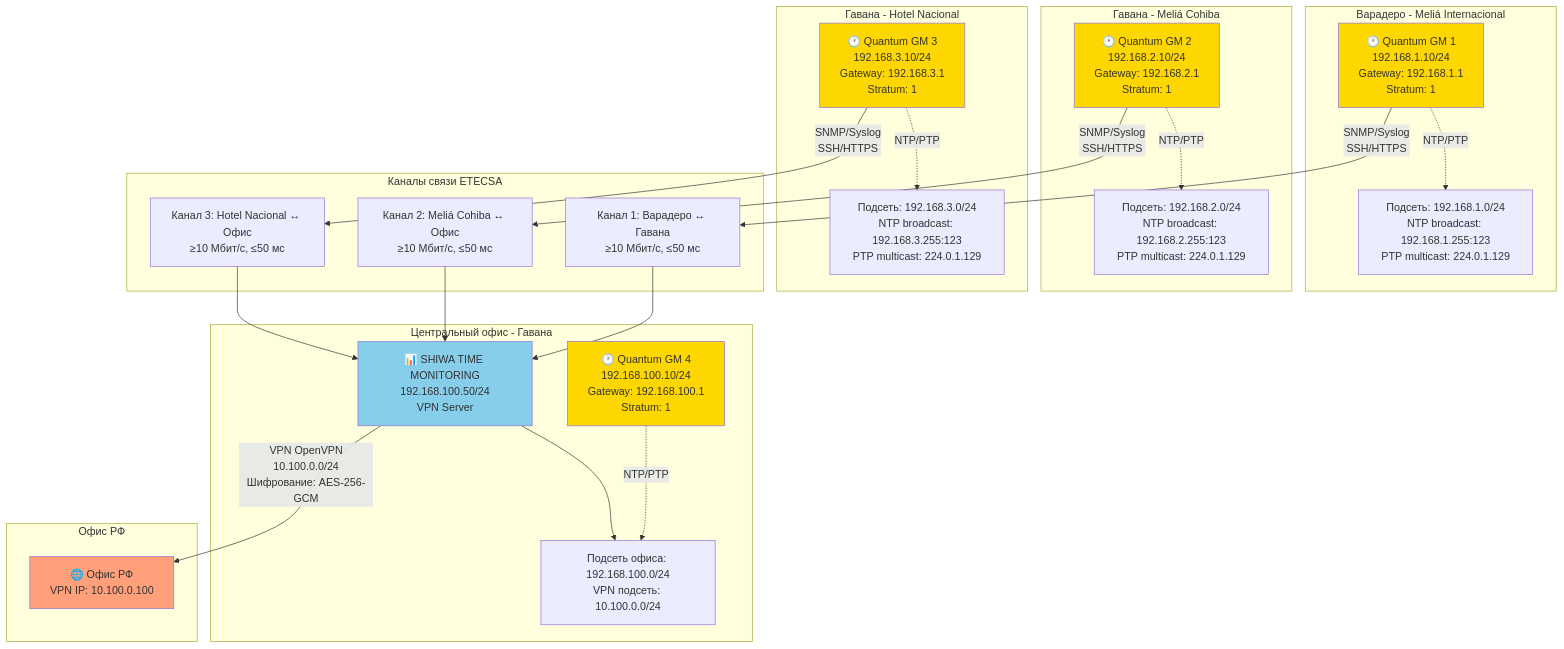
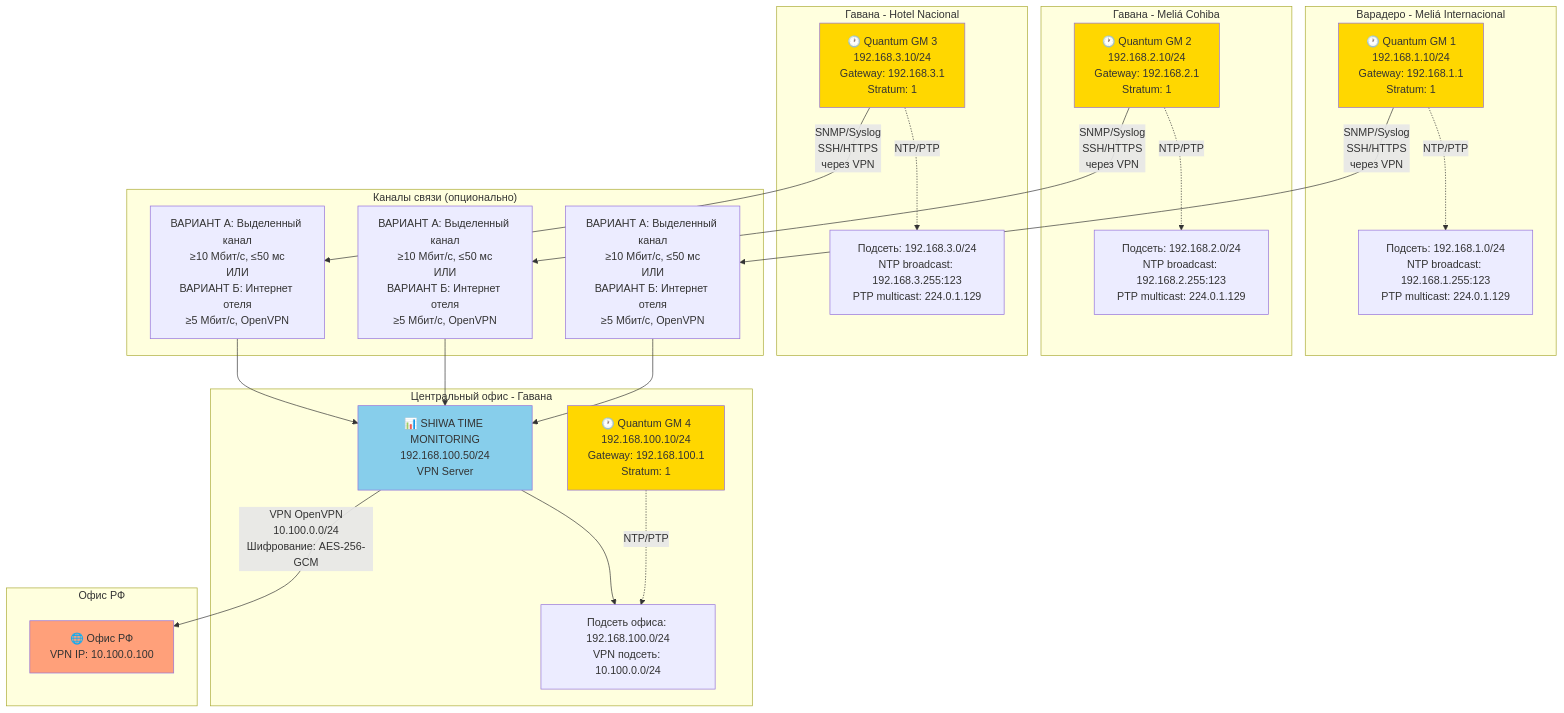
One commit to SiwaNetwork/BIZNES_HOTEL changed the second of 6 diagrams in network_diagrams.md. Above: the diagram before and after it, drawn with Mermaid. The commit also changed 2 other files, not shown here.

Commit message:
Выделенные каналы между офисом и отелями сделаны опциональными
Система мониторинга может работать через обычный интернет отеля

ВАРИАНТ А: Выделенный канал 10+ Мбит/с (рекомендуемый)

ВАРИАНТ Б: Интернет отеля 5+ Мбит/с + OpenVPN (альтернатива)

Обновлены все документы и диаграммы

````diff
--- a/network_diagrams.md
+++ b/network_diagrams.md
@@ -200,54 +200,54 @@
 ```mermaid
 graph TB
     subgraph "Варадеро - Meliá Internacional"
         GM1["🕐 Quantum GM 1<br/>192.168.1.10/24<br/>Gateway: 192.168.1.1<br/>Stratum: 1"]
         VLAN1["Подсеть: 192.168.1.0/24<br/>NTP broadcast: 192.168.1.255:123<br/>PTP multicast: 224.0.1.129"]
         GM1 -.->|NTP/PTP| VLAN1
     end
     
     subgraph "Гавана - Meliá Cohiba"
         GM2["🕐 Quantum GM 2<br/>192.168.2.10/24<br/>Gateway: 192.168.2.1<br/>Stratum: 1"]
         VLAN2["Подсеть: 192.168.2.0/24<br/>NTP broadcast: 192.168.2.255:123<br/>PTP multicast: 224.0.1.129"]
         GM2 -.->|NTP/PTP| VLAN2
     end
     
     subgraph "Гавана - Hotel Nacional"
         GM3["🕐 Quantum GM 3<br/>192.168.3.10/24<br/>Gateway: 192.168.3.1<br/>Stratum: 1"]
         VLAN3["Подсеть: 192.168.3.0/24<br/>NTP broadcast: 192.168.3.255:123<br/>PTP multicast: 224.0.1.129"]
         GM3 -.->|NTP/PTP| VLAN3
     end
     
     subgraph "Центральный офис - Гавана"
         GM4["🕐 Quantum GM 4<br/>192.168.100.10/24<br/>Gateway: 192.168.100.1<br/>Stratum: 1"]
         MON["📊 SHIWA TIME MONITORING<br/>192.168.100.50/24<br/>VPN Server"]
         OFFICE_NET["Подсеть офиса: 192.168.100.0/24<br/>VPN подсеть: 10.100.0.0/24"]
         GM4 -.->|NTP/PTP| OFFICE_NET
         MON --> OFFICE_NET
     end
     
-    subgraph "Каналы связи ETECSA"
-        WAN1["Канал 1: Варадеро ↔ Гавана<br/>≥10 Мбит/с, ≤50 мс"]
-        WAN2["Канал 2: Meliá Cohiba ↔ Офис<br/>≥10 Мбит/с, ≤50 мс"]
-        WAN3["Канал 3: Hotel Nacional ↔ Офис<br/>≥10 Мбит/с, ≤50 мс"]
+    subgraph "Каналы связи (опционально)"
+        WAN1["ВАРИАНТ А: Выделенный канал<br/>≥10 Мбит/с, ≤50 мс<br/>ИЛИ<br/>ВАРИАНТ Б: Интернет отеля<br/>≥5 Мбит/с, OpenVPN"]
+        WAN2["ВАРИАНТ А: Выделенный канал<br/>≥10 Мбит/с, ≤50 мс<br/>ИЛИ<br/>ВАРИАНТ Б: Интернет отеля<br/>≥5 Мбит/с, OpenVPN"]
+        WAN3["ВАРИАНТ А: Выделенный канал<br/>≥10 Мбит/с, ≤50 мс<br/>ИЛИ<br/>ВАРИАНТ Б: Интернет отеля<br/>≥5 Мбит/с, OpenVPN"]
     end
     
-    GM1 -->|SNMP/Syslog<br/>SSH/HTTPS| WAN1
-    GM2 -->|SNMP/Syslog<br/>SSH/HTTPS| WAN2
-    GM3 -->|SNMP/Syslog<br/>SSH/HTTPS| WAN3
+    GM1 -->|SNMP/Syslog<br/>SSH/HTTPS<br/>через VPN| WAN1
+    GM2 -->|SNMP/Syslog<br/>SSH/HTTPS<br/>через VPN| WAN2
+    GM3 -->|SNMP/Syslog<br/>SSH/HTTPS<br/>через VPN| WAN3
     WAN1 --> MON
     WAN2 --> MON
     WAN3 --> MON
     
     subgraph "Офис РФ"
         RF["🌐 Офис РФ<br/>VPN IP: 10.100.0.100"]
     end
     
     MON -->|"VPN OpenVPN<br/>10.100.0.0/24<br/>Шифрование: AES-256-GCM"| RF
 
     style GM1 fill:#FFD700
     style GM2 fill:#FFD700
     style GM3 fill:#FFD700
     style GM4 fill:#FFD700
     style MON fill:#87CEEB
     style RF fill:#FFA07A
 ```
````
